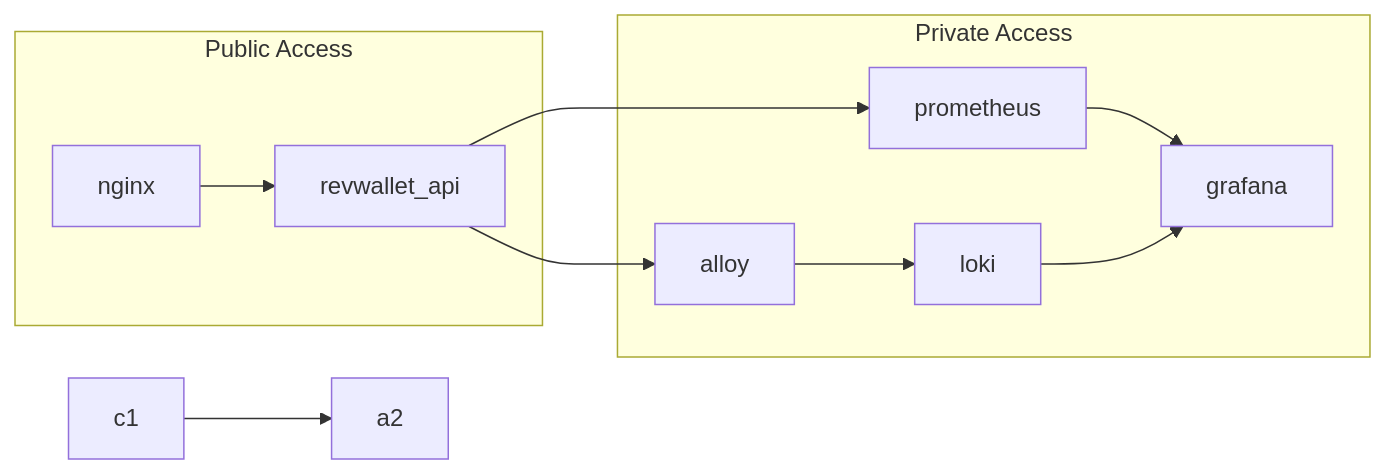
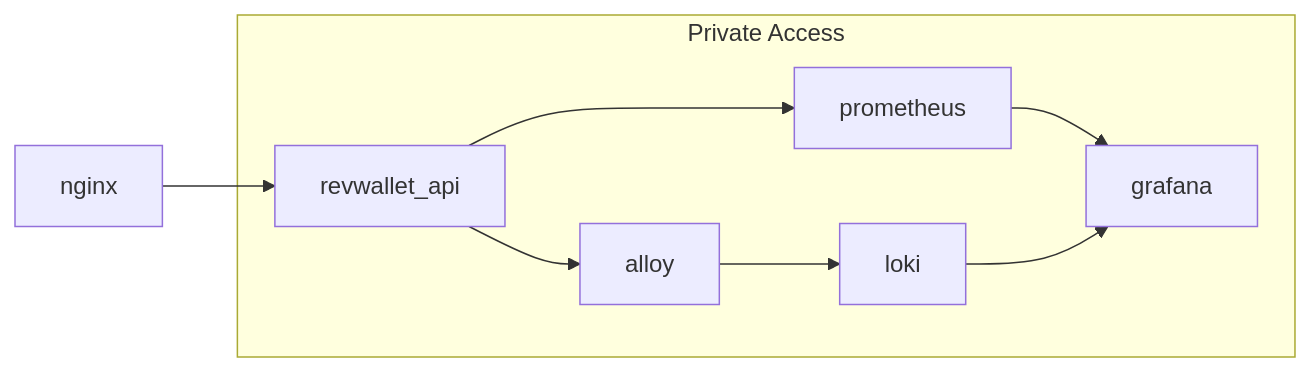
Before and after one commit to arthurjguerra/revwallet: the diagram in README.md, drawn with Mermaid.

Commit message:
feat: add arch diagram

````diff
--- a/README.md
+++ b/README.md
@@ -6,14 +6,11 @@
 ```mermaid
 flowchart LR
-  c1-->a2
-  subgraph Public Access
-    nginx-->revwallet_api
-  end
+  nginx-->revwallet_api
   subgraph Private Access
     revwallet_api-->prometheus
     revwallet_api-->alloy
     prometheus-->grafana
     alloy-->loki
     loki-->grafana
   end
 ```
````
